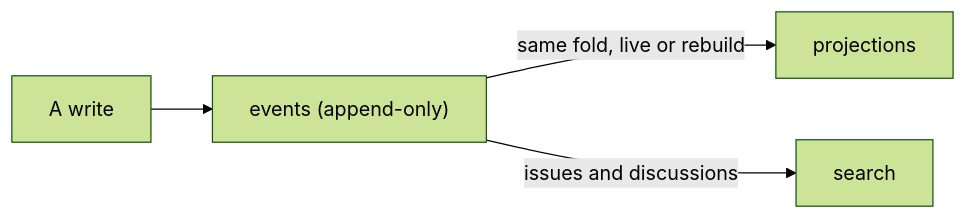
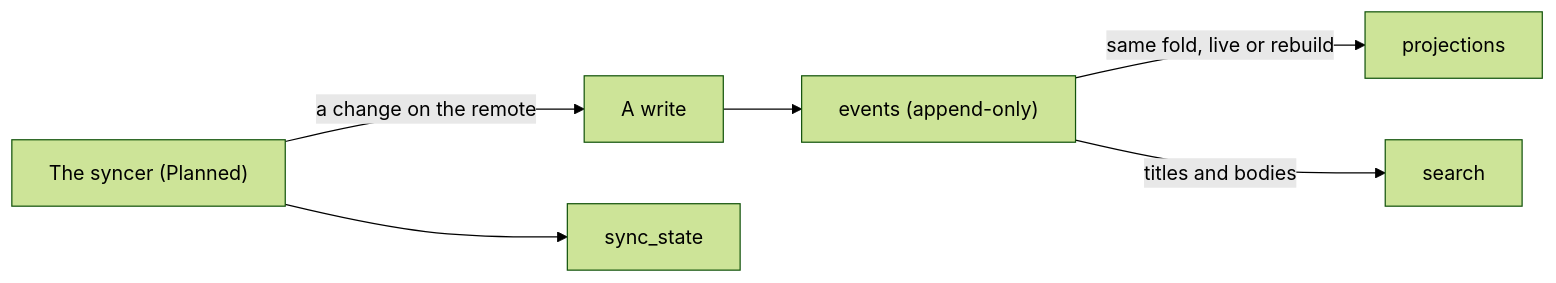
Before and after one commit to trustmybot/tmb: the tenth of 12 diagrams in docs/architecture/TRAJECTORY.md, drawn with Mermaid (forest theme). The commit also changed other lines of this file and 1 other file, not shown here.

Commit message:
📝 docs(trajectory): local first, every kind of repo, and one target schema

````diff
--- a/docs/architecture/TRAJECTORY.md
+++ b/docs/architecture/TRAJECTORY.md
@@ -263,6 +324,8 @@
 ```mermaid
 flowchart LR
     W["A write"] --> E["events (append-only)"]
     E -->|"same fold, live or rebuild"| P["projections"]
-    E -->|"issues and discussions"| S["search"]
+    E -->|"titles and bodies"| S["search"]
+    Y["The syncer (Planned)"] -->|"a change on the remote"| W
+    Y --> T["sync_state"]
 ```
````
